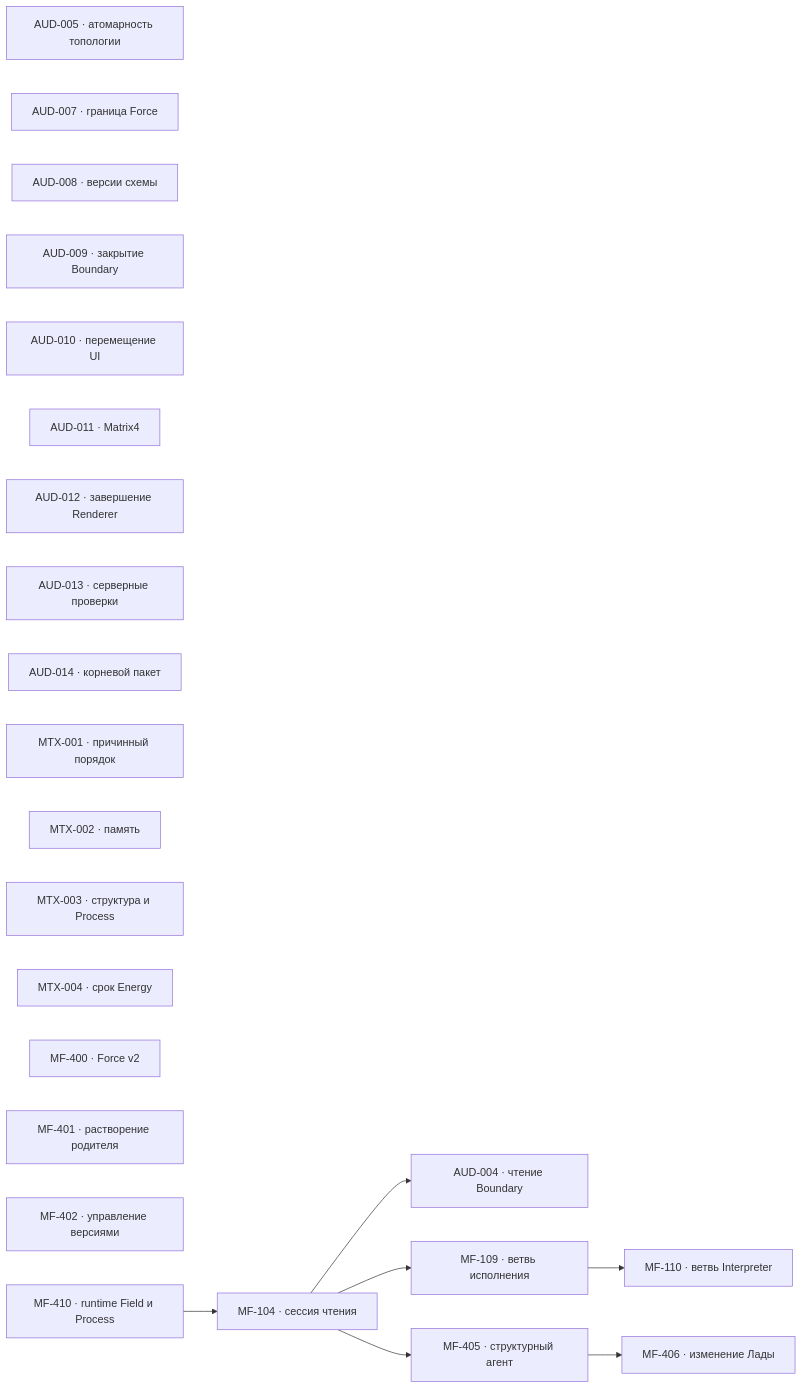
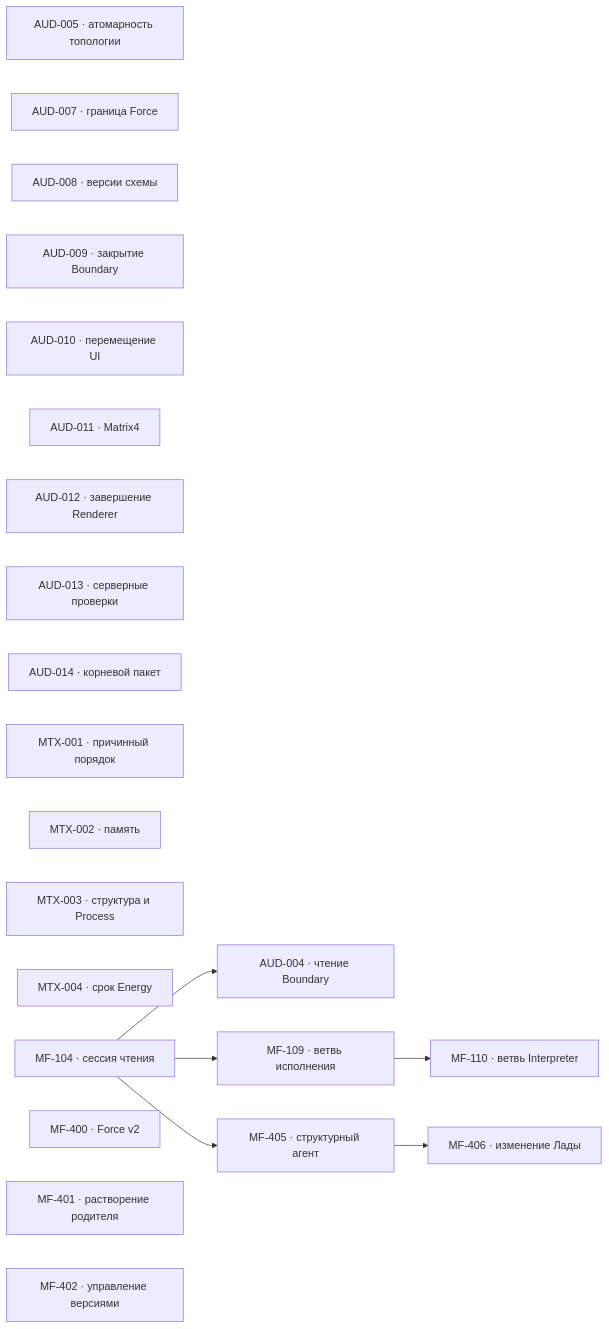
The diagram in project/TODO.md (zavx0z/metafor), drawn with Mermaid before and after one commit. The commit also changed other lines of this file and 1 other file, not shown here.

````diff
--- a/project/TODO.md
+++ b/project/TODO.md
@@ -13,33 +13,30 @@
 ```mermaid
 flowchart LR
     AUD004["AUD-004 · чтение Boundary"]
     AUD005["AUD-005 · атомарность топологии"]
     AUD007["AUD-007 · граница Force"]
     AUD008["AUD-008 · версии схемы"]
     AUD009["AUD-009 · закрытие Boundary"]
     AUD010["AUD-010 · перемещение UI"]
     AUD011["AUD-011 · Matrix4"]
     AUD012["AUD-012 · завершение Renderer"]
     AUD013["AUD-013 · серверные проверки"]
     AUD014["AUD-014 · корневой пакет"]
     MTX001["MTX-001 · причинный порядок"]
     MTX002["MTX-002 · память"]
     MTX003["MTX-003 · структура и Process"]
     MTX004["MTX-004 · срок Energy"]
     MF104["MF-104 · сессия чтения"]
     MF109["MF-109 · ветвь исполнения"]
     MF110["MF-110 · ветвь Interpreter"]
     MF400["MF-400 · Force v2"]
     MF401["MF-401 · растворение родителя"]
     MF402["MF-402 · управление версиями"]
     MF405["MF-405 · структурный агент"]
     MF406["MF-406 · изменение Лады"]
-    MF410["MF-410 · runtime Field и Process"]
-
-    MF410 --> MF104
     MF104 --> AUD004
     MF104 --> MF109
     MF109 --> MF110
     MF104 --> MF405
     MF405 --> MF406
 ```
````
